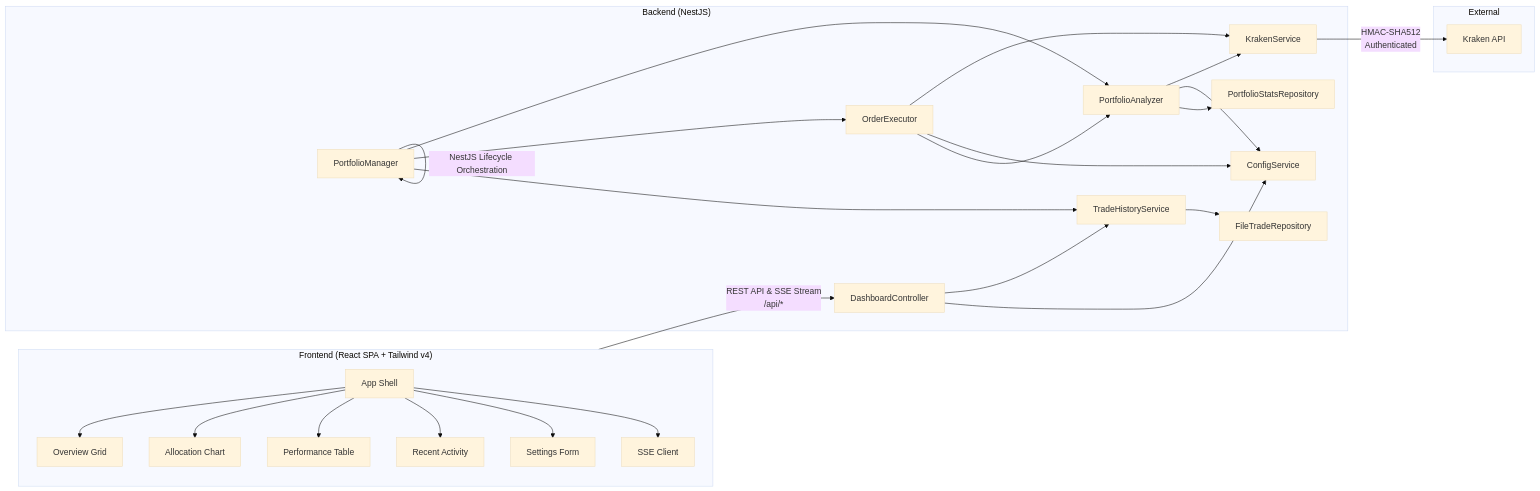
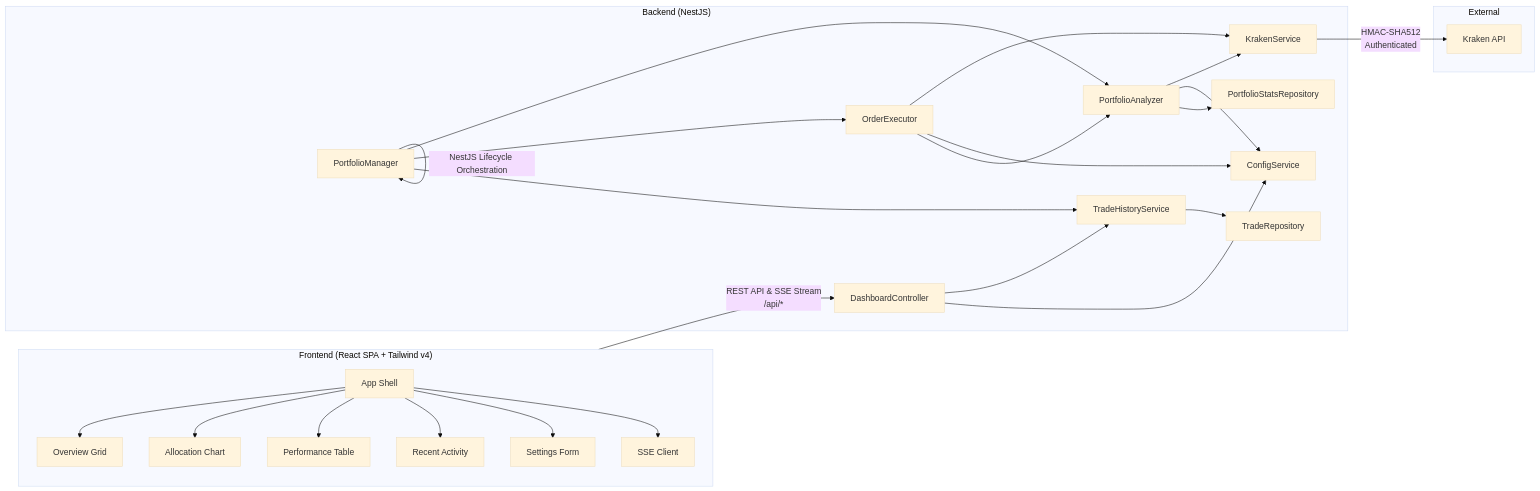
One commit to HyperVon/new-kraken-rebalancer changed the first of 2 diagrams in README.md. Above: the diagram before and after it, drawn with Mermaid (base theme). The commit also changed other lines of this file and 11 other files, not shown here.

````diff
--- a/README.md
+++ b/README.md
@@ -113,34 +113,34 @@
 ```mermaid
 graph LR
     subgraph Frontend["Frontend (React SPA + Tailwind v4)"]
         App[App Shell] --> OG[Overview Grid]
         App --> AC[Allocation Chart]
         App --> PT[Performance Table]
         App --> RA[Recent Activity]
         App --> SF[Settings Form]
         App --> SSE[SSE Client]
     end
 
     subgraph Backend["Backend (NestJS)"]
         C[DashboardController] --> THS[TradeHistoryService]
         C --> CS[ConfigService]
         PM[PortfolioManager] --> PA[PortfolioAnalyzer]
         PM --> OE[OrderExecutor]
         PM --> THS
         PA --> KS[KrakenService]
         PA --> CS
         PA --> PSR[PortfolioStatsRepository]
         OE --> KS
         OE --> CS
         OE --> PA
-        THS --> FTR[FileTradeRepository]
+        THS --> TR[TradeRepository]
     end
 
     subgraph External
         KA[Kraken API]
     end
 
     Frontend -- "REST API & SSE Stream\n/api/*" --> C
     PM -- "NestJS Lifecycle Orchestration" --> PM
     KS -- "HMAC-SHA512\nAuthenticated" --> KA
 ```
````
